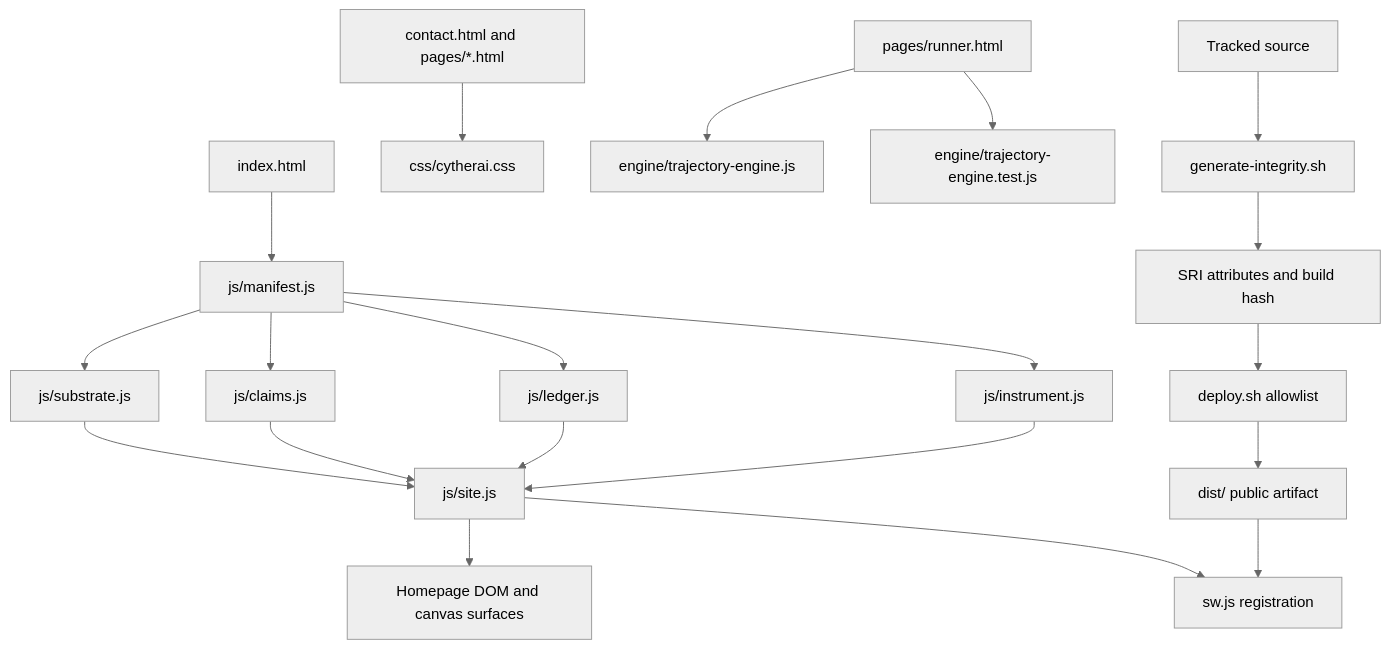
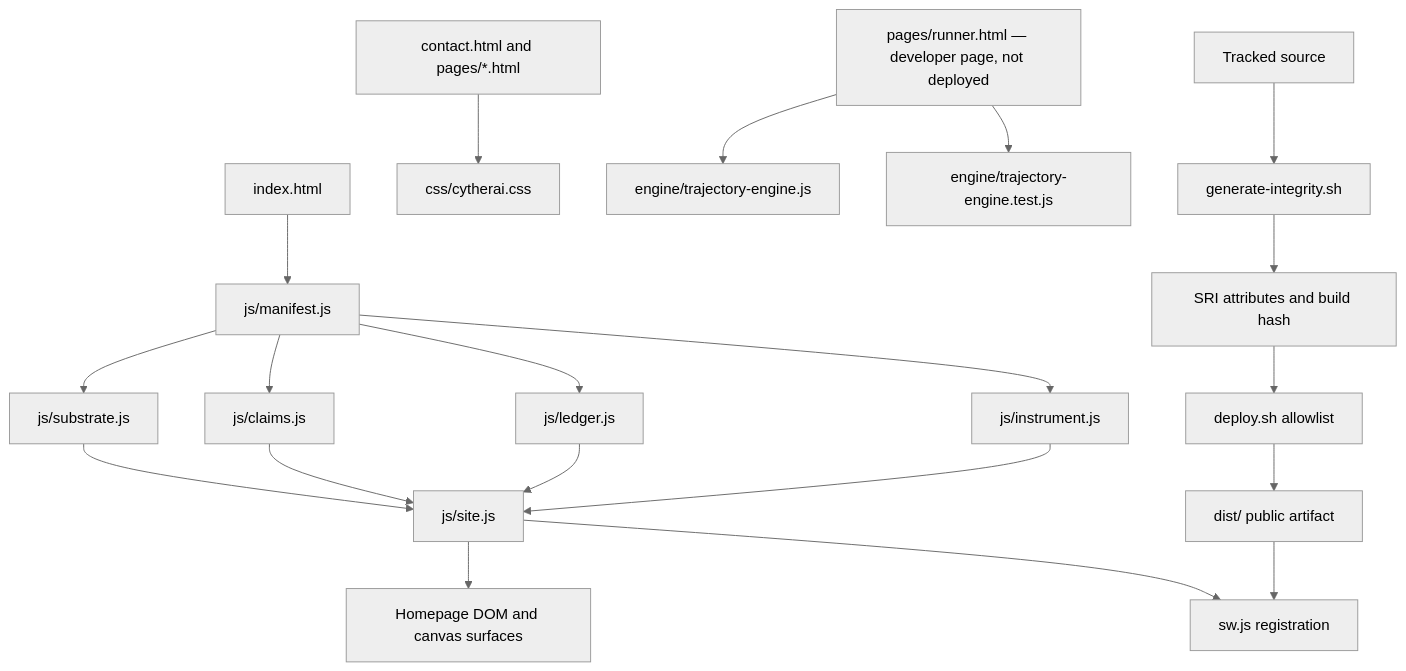
One commit to AethersDev/CytherAI changed the diagram in docs/architecture.md. Above: the diagram before and after it, drawn with Mermaid (neutral theme). The commit also changed other lines of this file and 13 other files, not shown here.

First line of the commit message:
chore: retire the engine runner from the release surface

````diff
--- a/docs/architecture.md
+++ b/docs/architecture.md
@@ -10,24 +10,24 @@
 ```mermaid
 flowchart TD
   I["index.html"] --> M["js/manifest.js"]
   M --> S["js/substrate.js"]
   M --> C["js/claims.js"]
   M --> L["js/ledger.js"]
   M --> B["js/instrument.js"]
   S --> G["js/site.js"]
   C --> G
   L --> G
   B --> G
   G --> DOM["Homepage DOM and canvas surfaces"]
   G --> SW["sw.js registration"]
 
   P["contact.html and pages/*.html"] --> CSS["css/cytherai.css"]
-  R["pages/runner.html"] --> E["engine/trajectory-engine.js"]
+  R["pages/runner.html — developer page, not deployed"] --> E["engine/trajectory-engine.js"]
   R --> ET["engine/trajectory-engine.test.js"]
 
   SRC["Tracked source"] --> SRI["generate-integrity.sh"]
   SRI --> ID["SRI attributes and build hash"]
   ID --> DEP["deploy.sh allowlist"]
   DEP --> DIST["dist/ public artifact"]
   DIST --> SW
 ```
````
